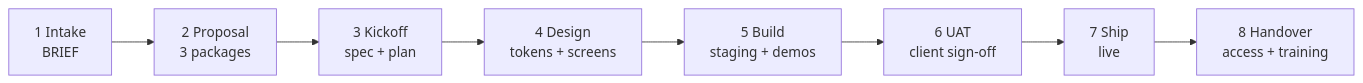
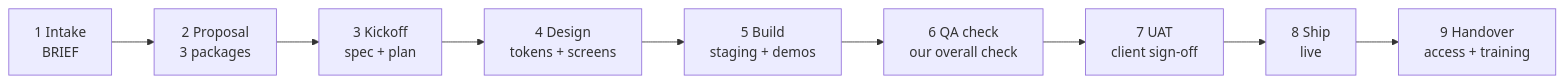
The first of 3 diagrams in README.md (Eurie92/Agent-kit), drawn with Mermaid before and after one commit. The commit also changed other lines of this file and 3 other files, not shown here.

Commit message:
feat(client): add QA check phase before UAT (#7)

````diff
--- a/README.md
+++ b/README.md
@@ -125,5 +125,5 @@
 ```mermaid
 flowchart LR
   A["1 Intake<br/>BRIEF"] --> B["2 Proposal<br/>3 packages"] --> C["3 Kickoff<br/>spec + plan"] --> D["4 Design<br/>tokens + screens"]
-  D --> E["5 Build<br/>staging + demos"] --> F["6 UAT<br/>client sign-off"] --> G["7 Ship<br/>live"] --> H["8 Handover<br/>access + training"]
+  D --> E["5 Build<br/>staging + demos"] --> Q["6 QA check<br/>our overall check"] --> F["7 UAT<br/>client sign-off"] --> G["8 Ship<br/>live"] --> H["9 Handover<br/>access + training"]
 ```
````
